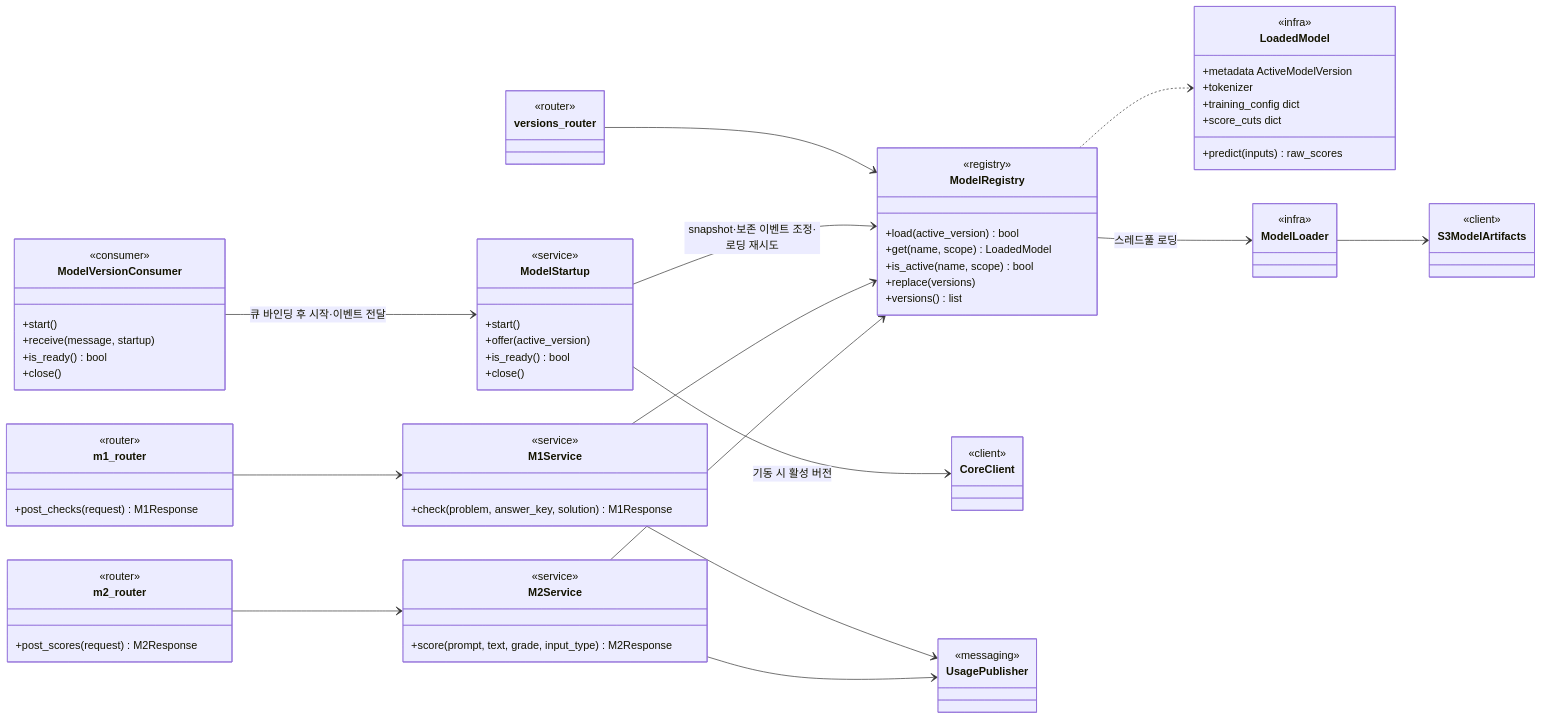
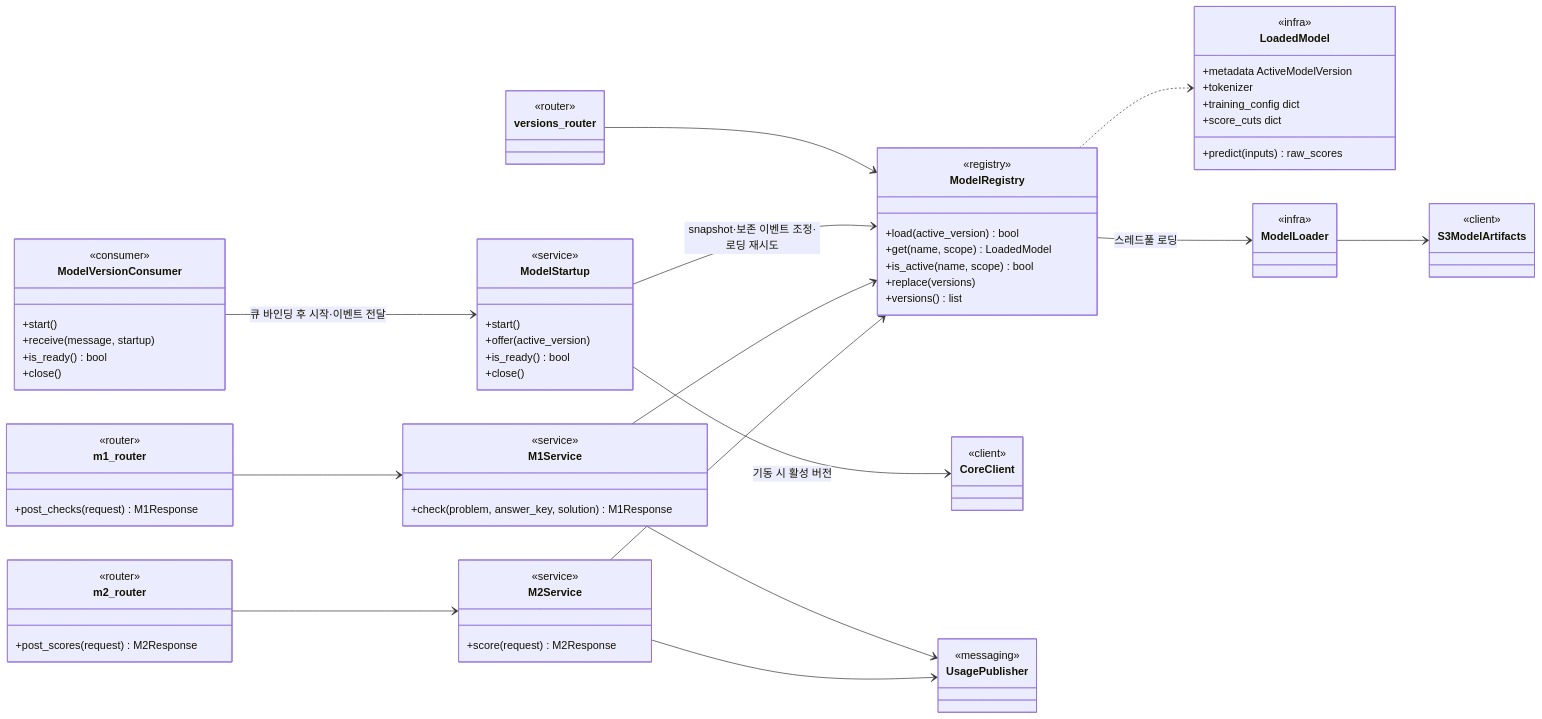
One commit to SKNETWORKS-FAMILY-AICAMP/SKN34-FINAL-3TEAM changed diagram 14 of 15 in docs/design/class-diagram.md. Above: the diagram before and after it, drawn with Mermaid. The commit also changed other lines of this file and 19 other files, not shown here.

````diff
--- a/docs/design/class-diagram.md
+++ b/docs/design/class-diagram.md
@@ -1667,69 +1667,69 @@
 ```mermaid
 classDiagram
   direction LR
   class m2_router {
     <<router>>
     +post_scores(request) M2Response
   }
   class m1_router {
     <<router>>
     +post_checks(request) M1Response
   }
   class M2Service {
     <<service>>
-    +score(prompt, text, grade, input_type) M2Response
+    +score(request) M2Response
   }
   class M1Service {
     <<service>>
     +check(problem, answer_key, solution) M1Response
   }
   class ModelRegistry {
     <<registry>>
     +load(active_version) bool
     +get(name, scope) LoadedModel
     +is_active(name, scope) bool
     +replace(versions)
     +versions() list
   }
   class LoadedModel {
     <<infra>>
     +metadata ActiveModelVersion
     +tokenizer
     +training_config dict
     +score_cuts dict
     +predict(inputs) raw_scores
   }
   class ModelStartup {
     <<service>>
     +start()
     +offer(active_version)
     +is_ready() bool
     +close()
   }
   class ModelLoader { <<infra>> }
   class S3ModelArtifacts { <<client>> }
   class versions_router { <<router>> }
   class CoreClient { <<client>> }
   class ModelVersionConsumer {
     <<consumer>>
     +start()
     +receive(message, startup)
     +is_ready() bool
     +close()
   }
   class UsagePublisher { <<messaging>> }
 
   m2_router --> M2Service
   m1_router --> M1Service
   M2Service --> ModelRegistry
   M1Service --> ModelRegistry
   ModelRegistry ..> LoadedModel
   ModelStartup --> CoreClient : 기동 시 활성 버전
   ModelStartup --> ModelRegistry : snapshot·보존 이벤트 조정·로딩 재시도
   ModelRegistry --> ModelLoader : 스레드풀 로딩
   ModelLoader --> S3ModelArtifacts
   versions_router --> ModelRegistry
   ModelVersionConsumer --> ModelStartup : 큐 바인딩 후 시작·이벤트 전달
   M2Service --> UsagePublisher
   M1Service --> UsagePublisher
 ```
````
